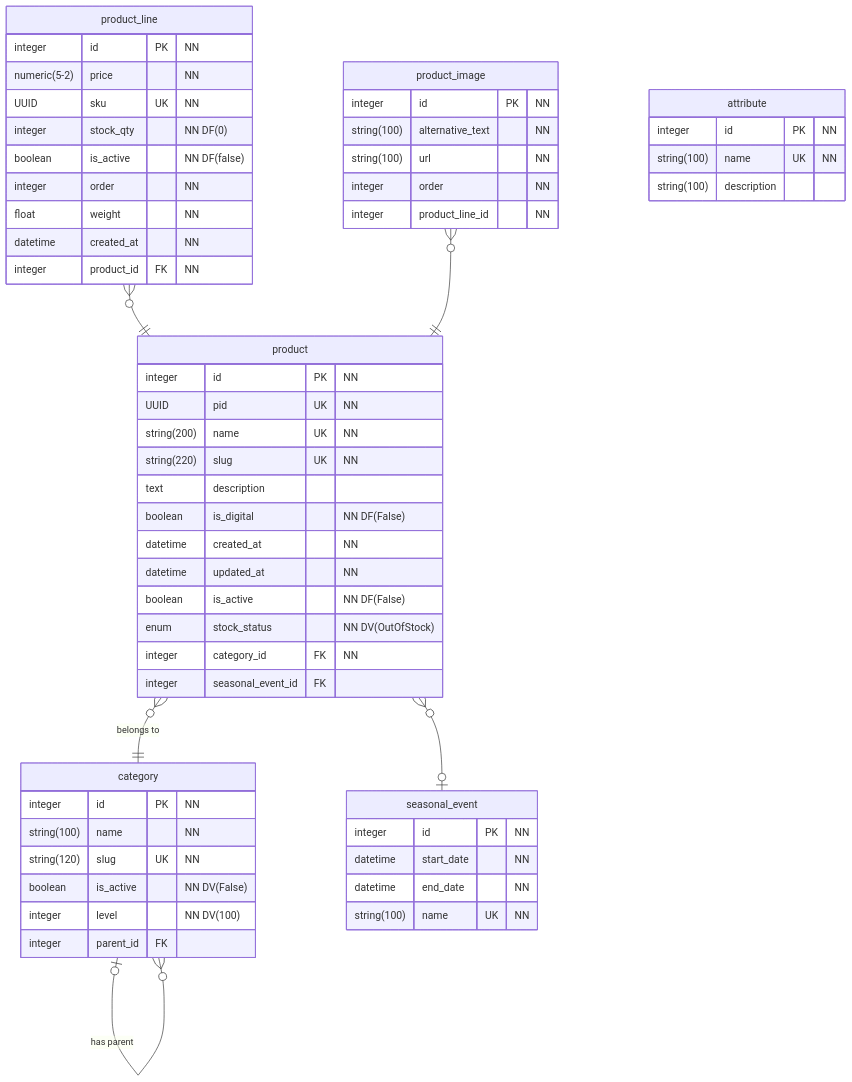
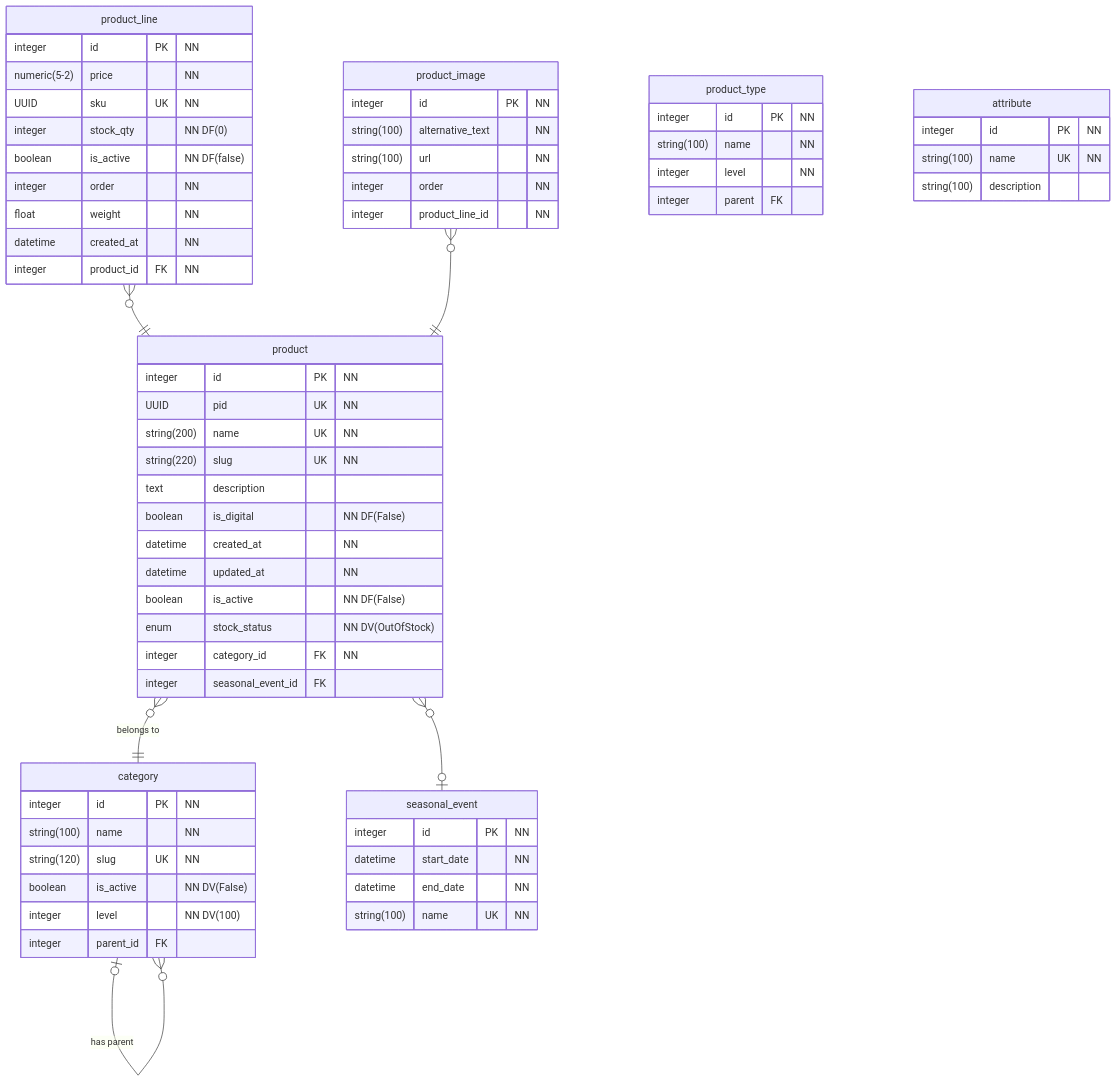
One commit to BrunoSoaresEngineering/fastAPI-learning-project changed the diagram in README.md. Above: the diagram before and after it, drawn with Mermaid. The commit also changed 2 other files, not shown here.

Commit message:
feat: add "product_type" table

````diff
--- a/README.md
+++ b/README.md
@@ -3,66 +3,73 @@
 ```mermaid
 erDiagram
     category {
       integer id PK "NN"
       string(100) name "NN"
       string(120) slug UK "NN"
       boolean is_active "NN DV(False)"
       integer level "NN DV(100)"
       integer parent_id FK
     }
 
     product {
       integer id PK "NN"
       UUID pid UK "NN"
       string(200) name UK "NN"
       string(220) slug UK "NN"
       text description
       boolean is_digital "NN DF(False)"
       datetime created_at "NN"
       datetime updated_at "NN"
       boolean is_active "NN DF(False)"
       enum stock_status "NN DV(OutOfStock)"
       integer category_id FK "NN"
       integer seasonal_event_id FK
     }
 
     product_line {
       integer id PK "NN"
       numeric(5-2) price "NN"
       UUID sku UK "NN"
       integer stock_qty "NN DF(0)"
       boolean is_active "NN DF(false)"
       integer order "NN"
       float weight "NN"
       datetime created_at "NN"
       integer product_id FK "NN"
     }
 
     product_image {
       integer id PK "NN"
       string(100) alternative_text "NN"
       string(100) url "NN"
       integer order "NN"
       integer product_line_id "NN"
     }
 
+    product_type {
+      integer id PK "NN"
+      string(100) name "NN"
+      integer level "NN"
+      integer parent FK
+    }
+
     seasonal_event {
       integer id PK "NN"
       datetime start_date "NN"
       datetime end_date "NN"
       string(100) name UK "NN"
     }
 
     attribute {
       integer id PK "NN"
       string(100) name UK "NN"
       string(100) description
     }
 
     category |o--o{ category : "has parent"
     product }o--|| category: "belongs to"
     product }o--o| seasonal_event: ""
     product_line }o--|| product: ""
     product_image }o--|| product: ""
 
 ```
````
